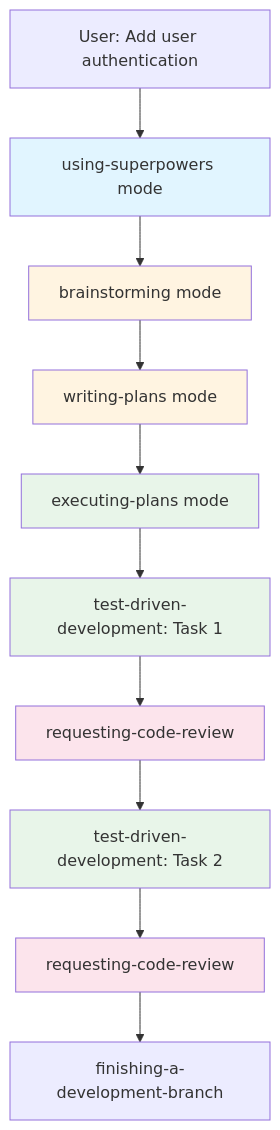
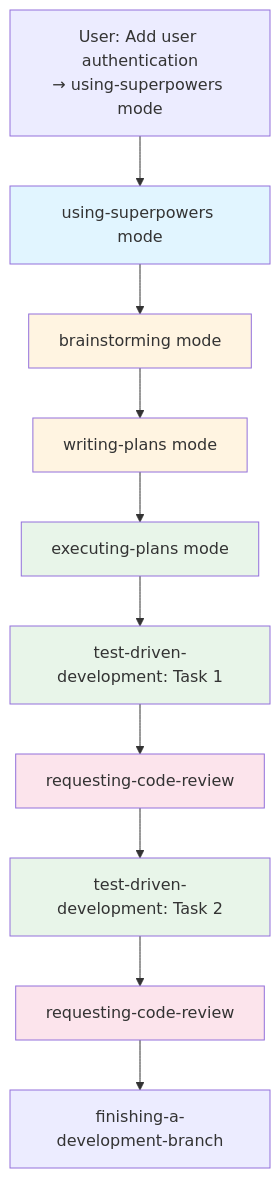
Before and after one commit to Benny-Lewis/super-roo: the second of 4 diagrams in docs/ARCHITECTURE.md, drawn with Mermaid. The commit also changed other lines of this file, not shown here.

First line of the commit message:
Clarify initial mode routing in workflow diagrams

````diff
--- a/docs/ARCHITECTURE.md
+++ b/docs/ARCHITECTURE.md
@@ -316,21 +316,21 @@
 ```mermaid
 graph TD
-    Start[User: Add user authentication] --> Entry[using-superpowers mode]
+    Start[User: Add user authentication<br/>→ using-superpowers mode] --> Entry[using-superpowers mode]
     Entry --> Brain[brainstorming mode]
     Brain --> Plan[writing-plans mode]
     Plan --> Exec[executing-plans mode]
     Exec --> TDD1[test-driven-development: Task 1]
     TDD1 --> Review1[requesting-code-review]
     Review1 --> TDD2[test-driven-development: Task 2]
     TDD2 --> Review2[requesting-code-review]
     Review2 --> Finish[finishing-a-development-branch]
 
     style Entry fill:#e1f5ff
     style Brain fill:#fff4e1
     style Plan fill:#fff4e1
     style Exec fill:#e8f5e9
     style TDD1 fill:#e8f5e9
     style TDD2 fill:#e8f5e9
     style Review1 fill:#fce4ec
     style Review2 fill:#fce4ec
 ```
````
